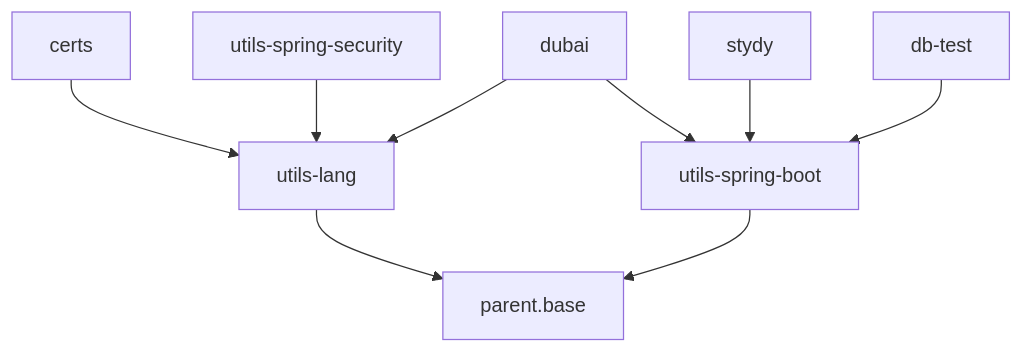
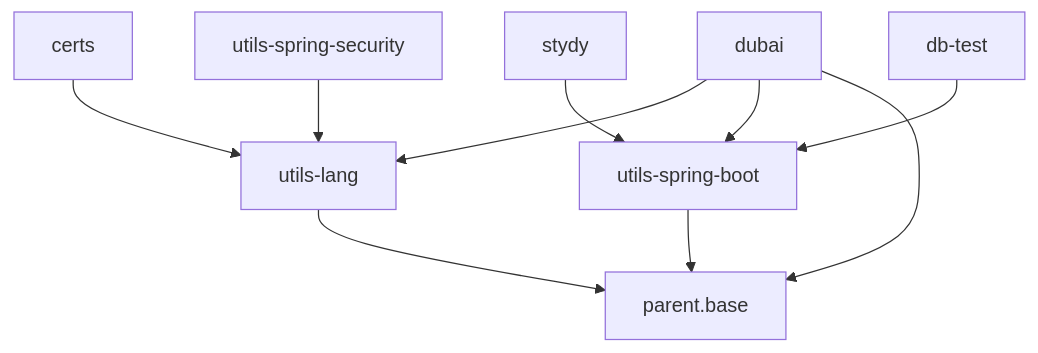
One commit to dbstarll/dbstarll.github.io changed the diagram in README.md. Above: the diagram before and after it, drawn with Mermaid. The commit also changed other lines of this file, not shown here.

Commit message:
增加dubai

````diff
--- a/README.md
+++ b/README.md
@@ -9,12 +10,14 @@
 ```mermaid
 graph TD;
     utils-lang-->parent.base;
     certs-->utils-lang;
     dubai-->utils-lang;
     utils-spring-security-->utils-lang;
 
     utils-spring-boot-->parent.base;
     stydy-->utils-spring-boot;
     dubai-->utils-spring-boot;
     db-test-->utils-spring-boot;
+
+    dubai-->parent.base;
 ```
````
